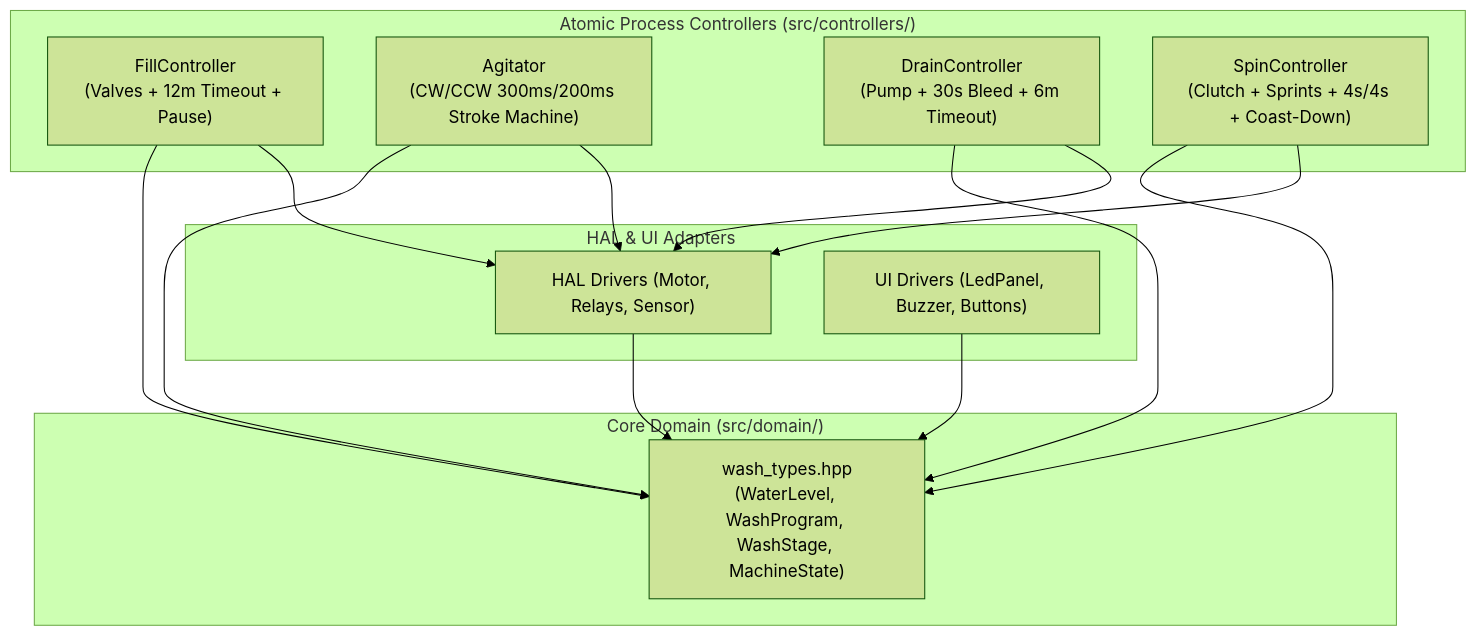
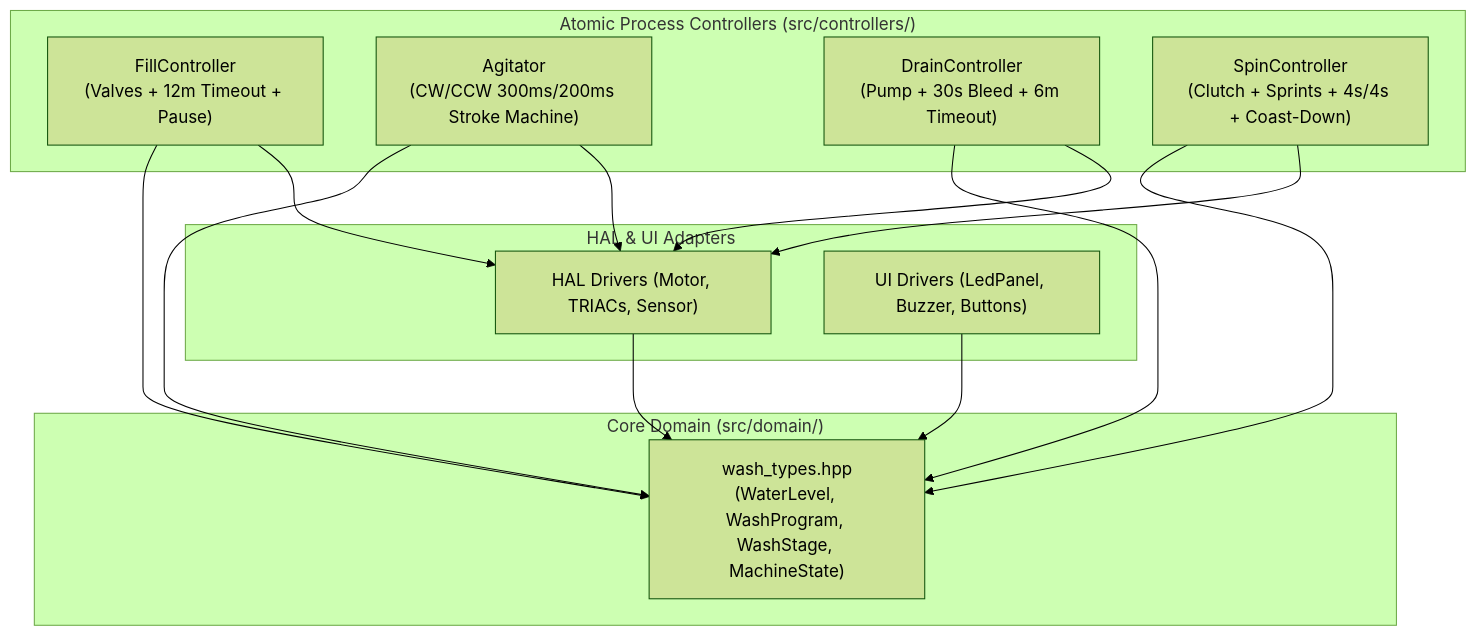
Before and after one commit to aluiziotomazelli/washing-machine: the fourth of 5 diagrams in docs/case-study.md, drawn with Mermaid (forest theme). The commit also changed other lines of this file and 1 other file, not shown here.

````diff
--- a/docs/case-study.md
+++ b/docs/case-study.md
@@ -219,29 +219,29 @@
 ```mermaid
 graph TD
     subgraph Domain_Layer ["Core Domain (src/domain/)"]
         DT["wash_types.hpp<br>(WaterLevel, WashProgram, WashStage, MachineState)"]
     end
 
     subgraph Process_Controllers ["Atomic Process Controllers (src/controllers/)"]
         FC["FillController<br>(Valves + 12m Timeout + Pause)"]
         AC["Agitator<br>(CW/CCW 300ms/200ms Stroke Machine)"]
         DC["DrainController<br>(Pump + 30s Bleed + 6m Timeout)"]
         SC["SpinController<br>(Clutch + Sprints + 4s/4s + Coast-Down)"]
     end
 
     subgraph Hardware_UI ["HAL & UI Adapters"]
-        HAL["HAL Drivers (Motor, Relays, Sensor)"]
+        HAL["HAL Drivers (Motor, TRIACs, Sensor)"]
         UI["UI Drivers (LedPanel, Buzzer, Buttons)"]
     end
 
     FC --> DT
     AC --> DT
     DC --> DT
     SC --> DT
     HAL --> DT
     UI --> DT
     FC --> HAL
     AC --> HAL
     DC --> HAL
     SC --> HAL
 ```
````
